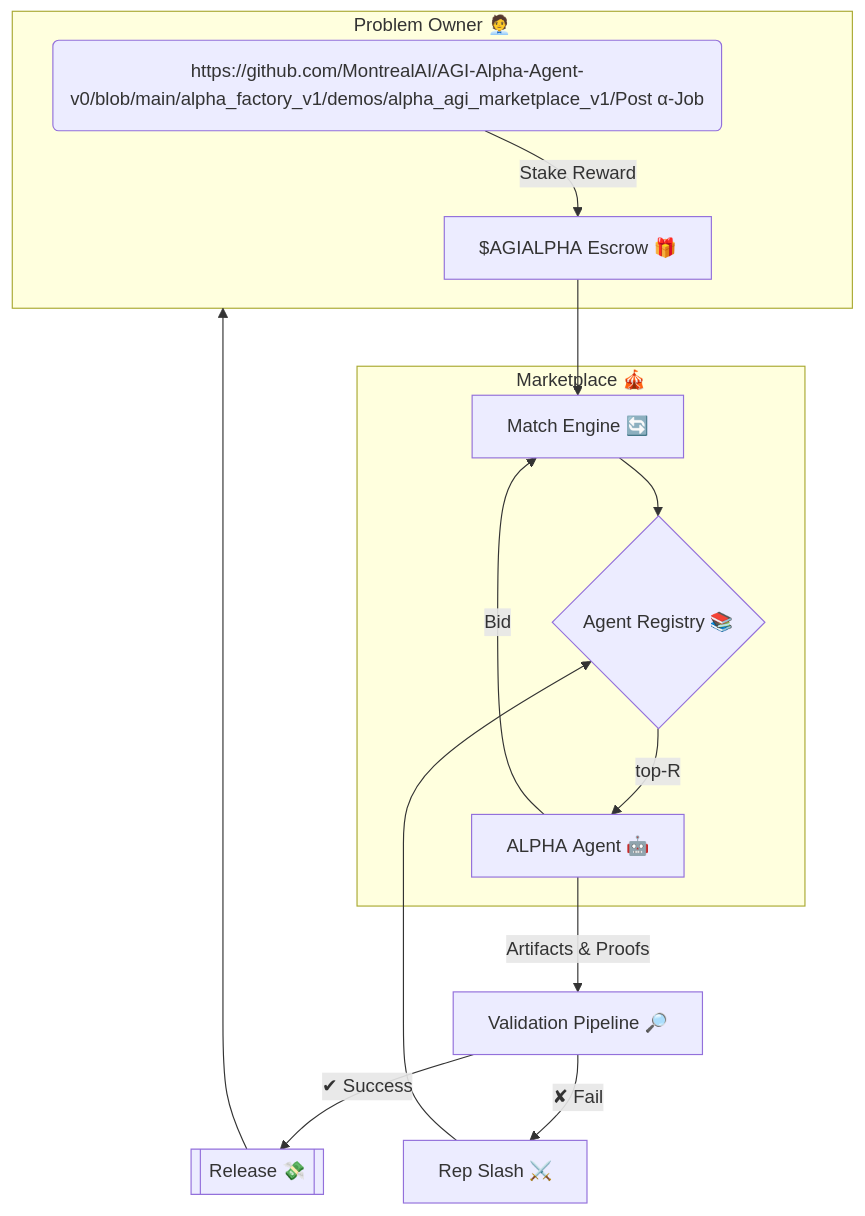
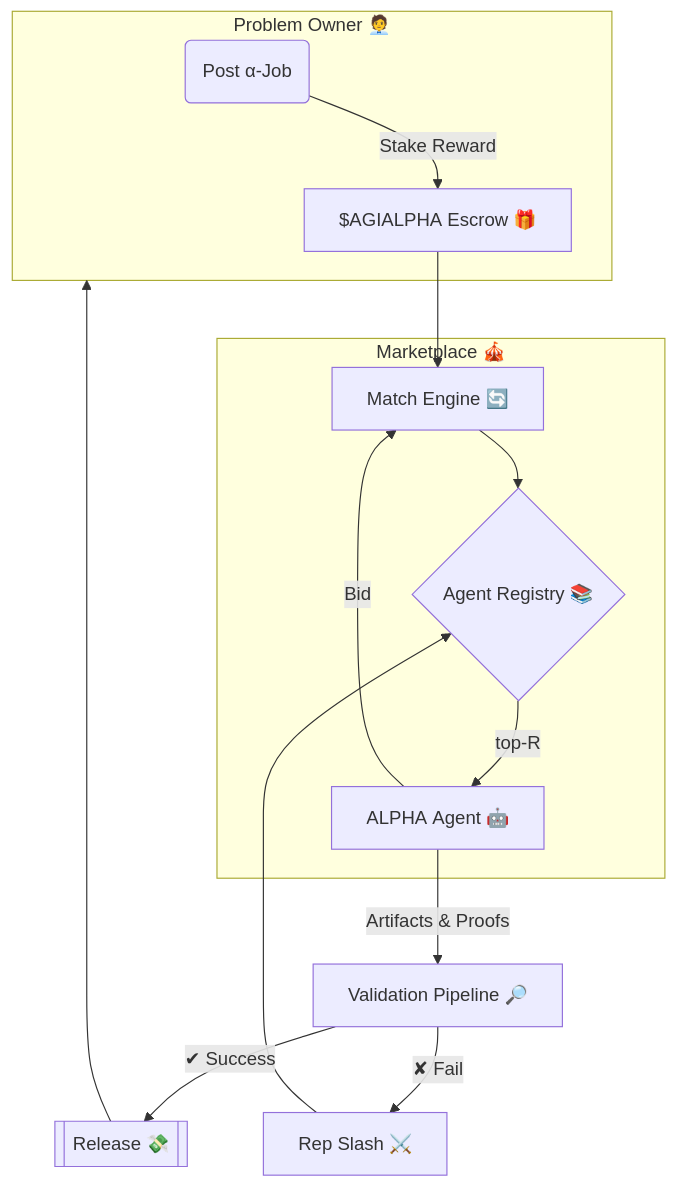
The diagram in docs/demos/alpha_agi_marketplace_v1.md (MontrealAI/AGI-Alpha-Agent-v0), drawn with Mermaid before and after one commit. The commit also changed other lines of this file and 216 other files, not shown here.

````diff
--- a/docs/demos/alpha_agi_marketplace_v1.md
+++ b/docs/demos/alpha_agi_marketplace_v1.md
@@ -61,21 +101,21 @@
 ```mermaid
 flowchart TB
     subgraph Client["Problem Owner 🧑‍💼"]
-        A(https://github.com/MontrealAI/AGI-Alpha-Agent-v0/blob/main/alpha_factory_v1/demos/alpha_agi_marketplace_v1/Post α‑Job)
+        A(Post α‑Job)
         A-->|Stake Reward|Esc[$AGIALPHA Escrow 🎁]
     end
 
     subgraph "Marketplace 🎪"
         Esc --> Match[Match Engine 🔄]
         Match --> Reg{Agent Registry 📚}
         Reg -->|top‑R| Ag[ALPHA Agent 🤖]
         Ag -->|Bid| Match
     end
 
     Ag -->|Artifacts & Proofs| Val[Validation Pipeline 🔎]
     Val -->|✔ Success| Pay[[Release 💸]]
     Val -->|✘ Fail| Slash[Rep Slash ⚔️]
 
     Pay --> Client
     Slash --> Reg
 ```
````
